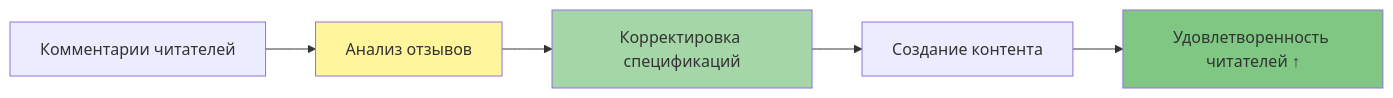
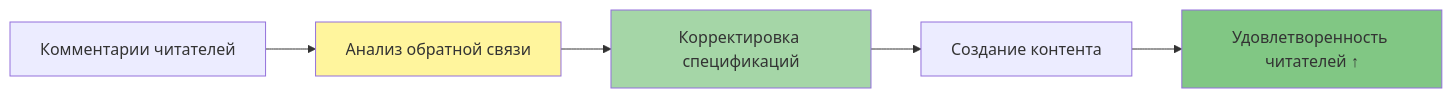
The ninth of 9 diagrams in docs/novel-writing-guide.md (jakerdy/novel-writer-ru), drawn with Mermaid before and after one commit. The commit also changed other lines of this file and 397 other files, not shown here.

````diff
--- a/docs/novel-writing-guide.md
+++ b/docs/novel-writing-guide.md
@@ -569,11 +566,11 @@
 ```mermaid
 graph LR
-    A[Комментарии читателей] --> B[Анализ отзывов]
+    A[Комментарии читателей] --> B[Анализ обратной связи]
     B --> C[Корректировка спецификаций]
     C --> D[Создание контента]
     D --> E[Удовлетворенность читателей ↑]
 
     style B fill:#fff59d
     style C fill:#a5d6a7
     style E fill:#81c784
 ```
````
